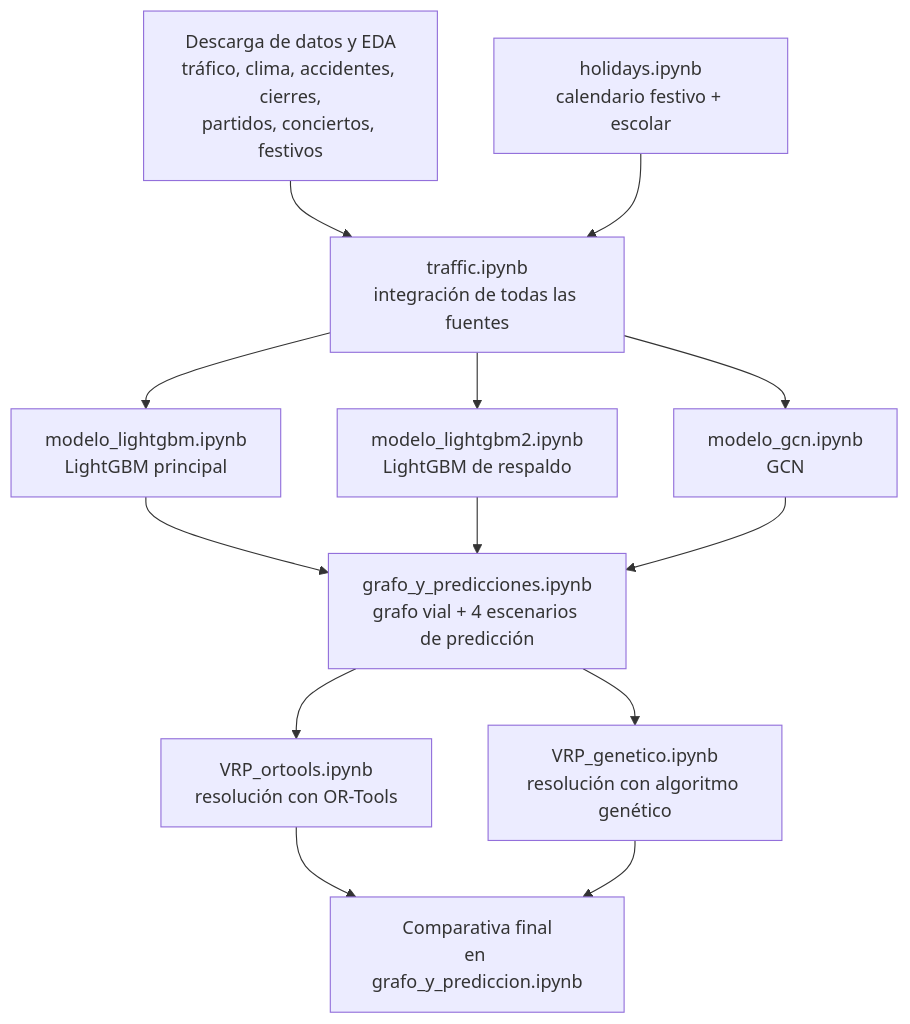
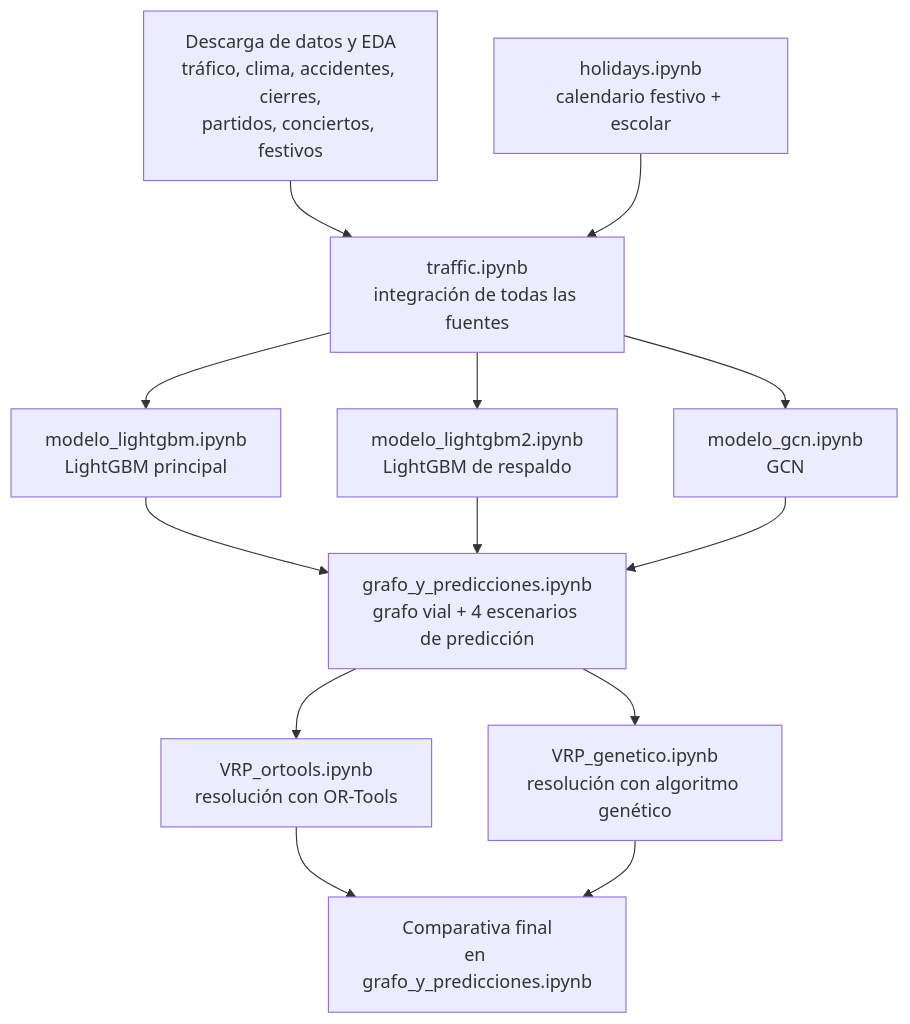
One commit to iac50/TFM_final changed the diagram in README.md. Above: the diagram before and after it, drawn with Mermaid.

Commit message:
Fix typo in README for prediction file name

````diff
--- a/README.md
+++ b/README.md
@@ -26,17 +26,17 @@
 ```mermaid
 flowchart TD
     A1[Descarga de datos y EDA<br/>tráfico, clima, accidentes, cierres,<br/>partidos, conciertos, festivos] 
     A2[holidays.ipynb<br/>calendario festivo + escolar]
     A1 --> D[traffic.ipynb<br/>integración de todas las fuentes]
     A2 --> D
     D --> E1[modelo_lightgbm.ipynb<br/>LightGBM principal]
     D --> E2[modelo_lightgbm2.ipynb<br/>LightGBM de respaldo]
     D --> E3[modelo_gcn.ipynb<br/>GCN]
     E1 --> F[grafo_y_predicciones.ipynb<br/>grafo vial + 4 escenarios de predicción]
     E2 --> F
     E3 --> F
     F --> G1[VRP_ortools.ipynb<br/>resolución con OR-Tools]
     F --> G2[VRP_genetico.ipynb<br/>resolución con algoritmo genético]
-    G1 --> H[Comparativa final<br/>en grafo_y_prediccion.ipynb]
+    G1 --> H[Comparativa final<br/>en grafo_y_predicciones.ipynb]
     G2 --> H
 ```
````
